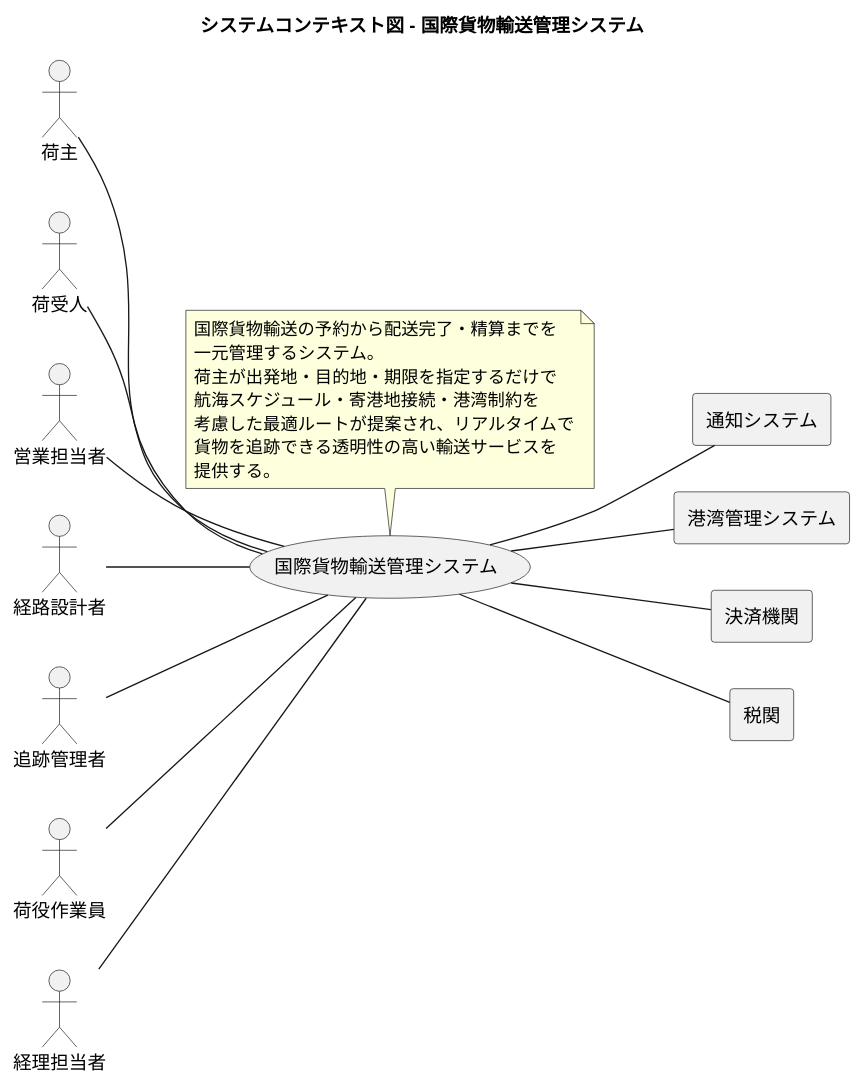
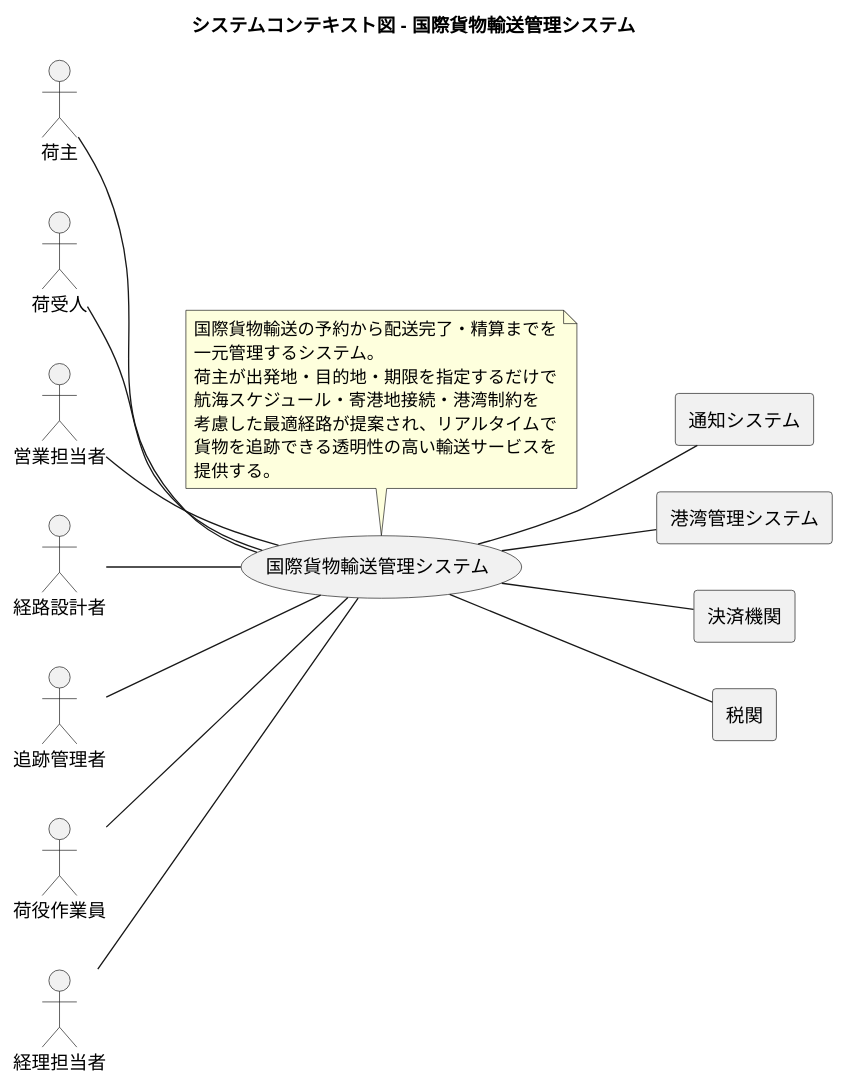
The first of 21 diagrams in docs/requirements/requirements_definition.md (k2works/case-study-cargo-tracker), drawn with PlantUML before and after one commit. The commit also changed other lines of this file and 2 other files, not shown here.

````diff
--- a/docs/requirements/requirements_definition.md
+++ b/docs/requirements/requirements_definition.md
@@ -16,46 +16,46 @@
 ```plantuml
 @startuml
 
 title システムコンテキスト図 - 国際貨物輸送管理システム
 
 left to right direction
 
 actor 荷主
 actor 荷受人
 actor 営業担当者
 actor 経路設計者
 actor 追跡管理者
 actor 荷役作業員
 actor 経理担当者
 
 agent 通知システム
 agent 港湾管理システム
 agent 決済機関
 agent 税関
 
 usecase 国際貨物輸送管理システム
 note top of 国際貨物輸送管理システム
   国際貨物輸送の予約から配送完了・精算までを
   一元管理するシステム。
   荷主が出発地・目的地・期限を指定するだけで
   航海スケジュール・寄港地接続・港湾制約を
-  考慮した最適ルートが提案され、リアルタイムで
+  考慮した最適経路が提案され、リアルタイムで
   貨物を追跡できる透明性の高い輸送サービスを
   提供する。
 end note
 
 :荷主: -- (国際貨物輸送管理システム)
 :荷受人: -- (国際貨物輸送管理システム)
 :営業担当者: -- (国際貨物輸送管理システム)
 :経路設計者: -- (国際貨物輸送管理システム)
 :追跡管理者: -- (国際貨物輸送管理システム)
 :荷役作業員: -- (国際貨物輸送管理システム)
 :経理担当者: -- (国際貨物輸送管理システム)
 
 (国際貨物輸送管理システム) -- 通知システム
 (国際貨物輸送管理システム) -- 港湾管理システム
 (国際貨物輸送管理システム) -- 決済機関
 (国際貨物輸送管理システム) -- 税関
 
 @enduml
 ```
````
